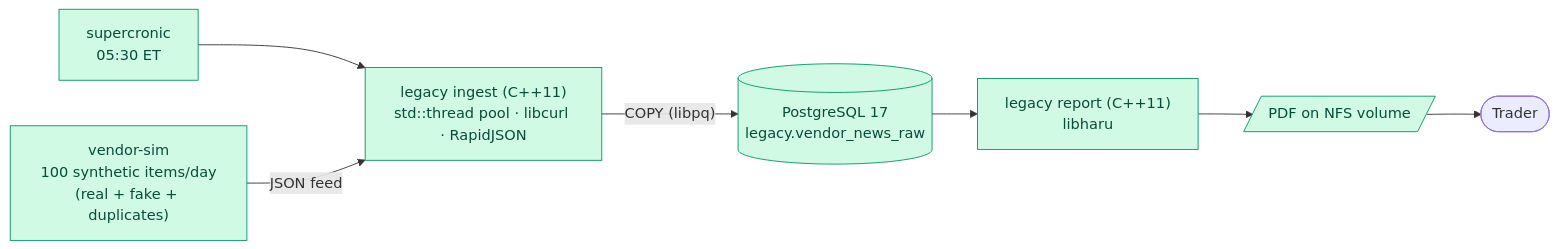
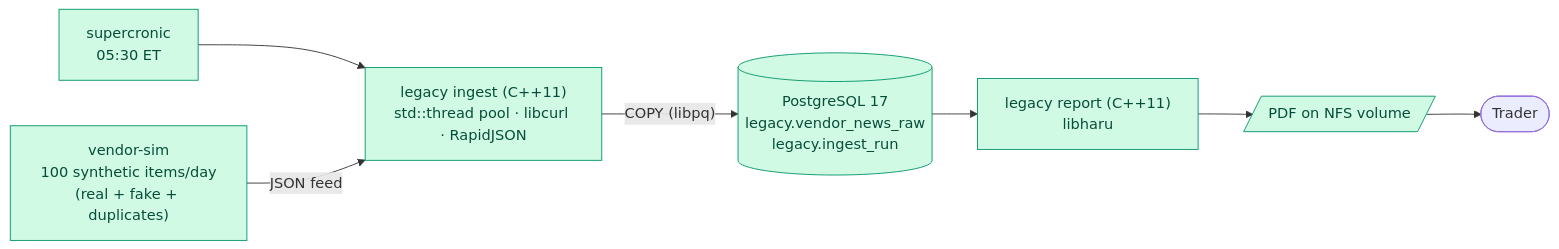
One commit to tomjnet/premarket-ai changed the first of 7 diagrams in README.md. Above: the diagram before and after it, drawn with Mermaid. The commit also changed other lines of this file and 73 other files, not shown here.

````diff
--- a/README.md
+++ b/README.md
@@ -33,18 +135,18 @@
 ```mermaid
 flowchart LR
   classDef new fill:#d1fae5,stroke:#059669,color:#064e3b
   classDef old fill:#f3f4f6,stroke:#9ca3af,color:#374151
 
   VS["vendor-sim<br/>100 synthetic items/day<br/>(real + fake + duplicates)"]:::new
   CRON["supercronic<br/>05:30 ET"]:::new
   ING["legacy ingest (C++11)<br/>std::thread pool · libcurl · RapidJSON"]:::new
-  PG[("PostgreSQL 17<br/>legacy.vendor_news_raw")]:::new
+  PG[("PostgreSQL 17<br/>legacy.vendor_news_raw<br/>legacy.ingest_run")]:::new
   REP["legacy report (C++11)<br/>libharu"]:::new
   PDF[/"PDF on NFS volume"/]:::new
   T(["Trader"])
 
   CRON --> ING
   VS -- "JSON feed" --> ING
   ING -- "COPY (libpq)" --> PG
   PG --> REP --> PDF --> T
 ```
````
